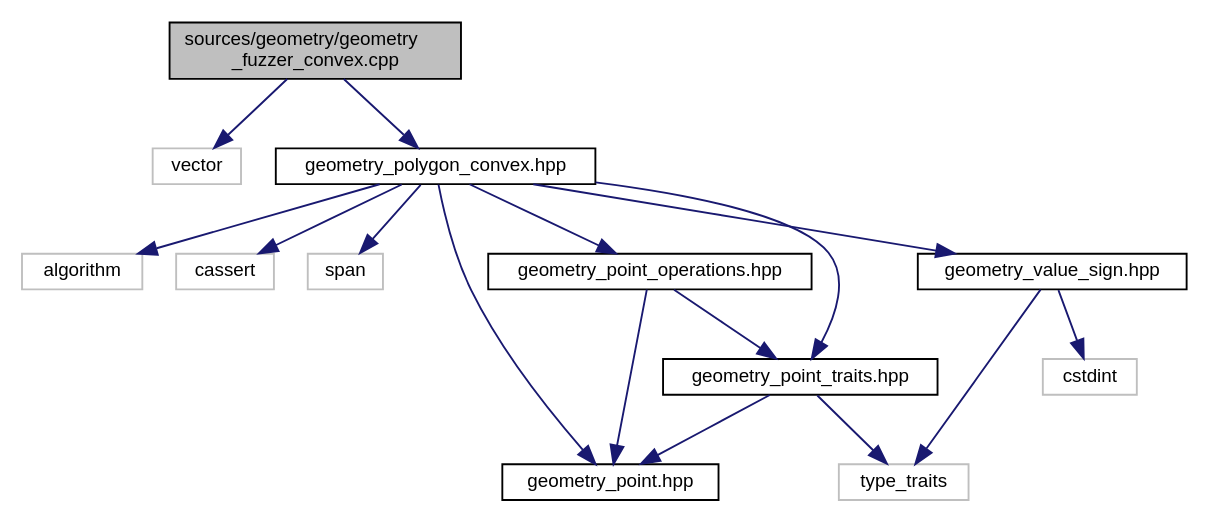
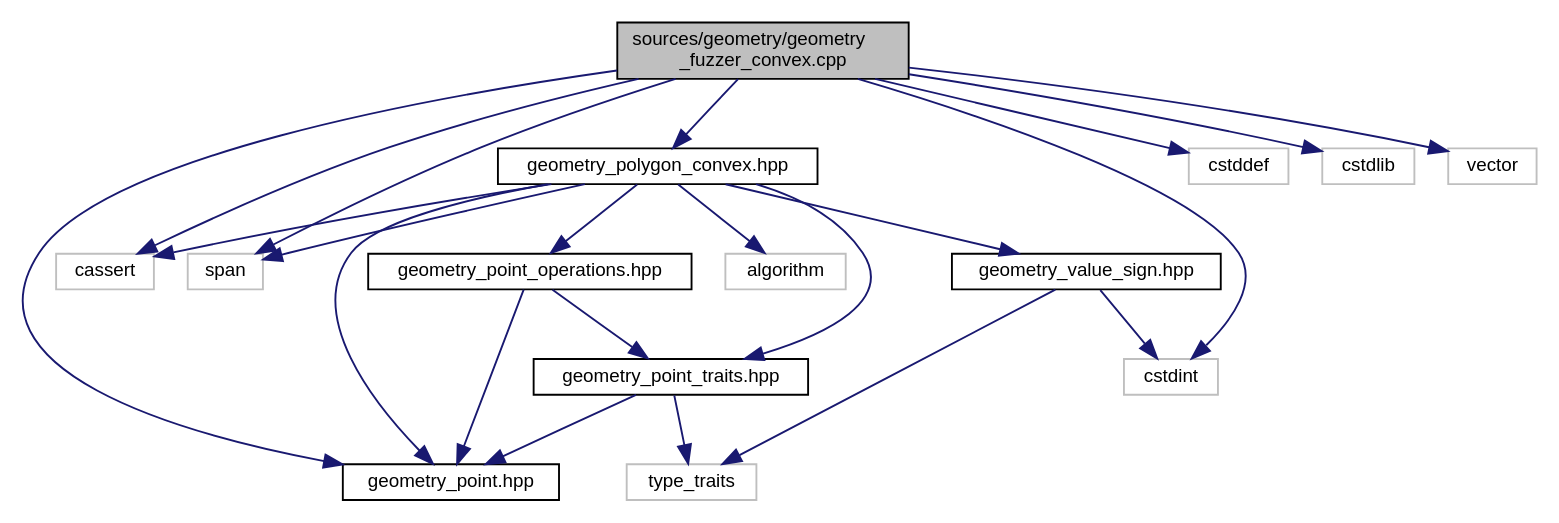
One commit to eliogovea/dev-env-cpp changed the diagram in geometry/documentation/geometry__fuzzer__convex_8cpp__incl.dot. Above: the diagram before and after it, drawn with Graphviz. The commit also changed 148 other files, not shown here.

```diff
--- a/geometry/documentation/geometry__fuzzer__convex_8cpp__incl.dot
+++ b/geometry/documentation/geometry__fuzzer__convex_8cpp__incl.dot
@@ -1,33 +1,41 @@
 digraph "sources/geometry/geometry_fuzzer_convex.cpp"
 {
  // LATEX_PDF_SIZE
   edge [fontname="Helvetica",fontsize="10",labelfontname="Helvetica",labelfontsize="10"];
   node [fontname="Helvetica",fontsize="10",shape=record];
   Node1 [label="sources/geometry/geometry\l_fuzzer_convex.cpp",height=0.2,width=0.4,color="black", fillcolor="grey75", style="filled", fontcolor="black",tooltip=" "];
   Node1 -> Node2 [color="midnightblue",fontsize="10",style="solid",fontname="Helvetica"];
-  Node2 [label="vector",height=0.2,width=0.4,color="grey75", fillcolor="white", style="filled",tooltip=" "];
+  Node2 [label="cassert",height=0.2,width=0.4,color="grey75", fillcolor="white", style="filled",tooltip=" "];
   Node1 -> Node3 [color="midnightblue",fontsize="10",style="solid",fontname="Helvetica"];
-  Node3 [label="geometry_polygon_convex.hpp",height=0.2,width=0.4,color="black", fillcolor="white", style="filled",URL="$geometry__polygon__convex_8hpp.html",tooltip=" "];
-  Node3 -> Node4 [color="midnightblue",fontsize="10",style="solid",fontname="Helvetica"];
-  Node4 [label="algorithm",height=0.2,width=0.4,color="grey75", fillcolor="white", style="filled",tooltip=" "];
-  Node3 -> Node5 [color="midnightblue",fontsize="10",style="solid",fontname="Helvetica"];
-  Node5 [label="cassert",height=0.2,width=0.4,color="grey75", fillcolor="white", style="filled",tooltip=" "];
-  Node3 -> Node6 [color="midnightblue",fontsize="10",style="solid",fontname="Helvetica"];
+  Node3 [label="cstddef",height=0.2,width=0.4,color="grey75", fillcolor="white", style="filled",tooltip=" "];
+  Node1 -> Node4 [color="midnightblue",fontsize="10",style="solid",fontname="Helvetica"];
+  Node4 [label="cstdint",height=0.2,width=0.4,color="grey75", fillcolor="white", style="filled",tooltip=" "];
+  Node1 -> Node5 [color="midnightblue",fontsize="10",style="solid",fontname="Helvetica"];
+  Node5 [label="cstdlib",height=0.2,width=0.4,color="grey75", fillcolor="white", style="filled",tooltip=" "];
+  Node1 -> Node6 [color="midnightblue",fontsize="10",style="solid",fontname="Helvetica"];
   Node6 [label="span",height=0.2,width=0.4,color="grey75", fillcolor="white", style="filled",tooltip=" "];
-  Node3 -> Node7 [color="midnightblue",fontsize="10",style="solid",fontname="Helvetica"];
-  Node7 [label="geometry_point.hpp",height=0.2,width=0.4,color="black", fillcolor="white", style="filled",URL="$geometry__point_8hpp.html",tooltip=" "];
-  Node3 -> Node8 [color="midnightblue",fontsize="10",style="solid",fontname="Helvetica"];
-  Node8 [label="geometry_point_operations.hpp",height=0.2,width=0.4,color="black", fillcolor="white", style="filled",URL="$geometry__point__operations_8hpp.html",tooltip=" "];
-  Node8 -> Node7 [color="midnightblue",fontsize="10",style="solid",fontname="Helvetica"];
-  Node8 -> Node9 [color="midnightblue",fontsize="10",style="solid",fontname="Helvetica"];
-  Node9 [label="geometry_point_traits.hpp",height=0.2,width=0.4,color="black", fillcolor="white", style="filled",URL="$geometry__point__traits_8hpp.html",tooltip=" "];
+  Node1 -> Node7 [color="midnightblue",fontsize="10",style="solid",fontname="Helvetica"];
+  Node7 [label="vector",height=0.2,width=0.4,color="grey75", fillcolor="white", style="filled",tooltip=" "];
+  Node1 -> Node8 [color="midnightblue",fontsize="10",style="solid",fontname="Helvetica"];
+  Node8 [label="geometry_point.hpp",height=0.2,width=0.4,color="black", fillcolor="white", style="filled",URL="$geometry__point_8hpp.html",tooltip=" "];
+  Node1 -> Node9 [color="midnightblue",fontsize="10",style="solid",fontname="Helvetica"];
+  Node9 [label="geometry_polygon_convex.hpp",height=0.2,width=0.4,color="black", fillcolor="white", style="filled",URL="$geometry__polygon__convex_8hpp.html",tooltip=" "];
   Node9 -> Node10 [color="midnightblue",fontsize="10",style="solid",fontname="Helvetica"];
-  Node10 [label="type_traits",height=0.2,width=0.4,color="grey75", fillcolor="white", style="filled",tooltip=" "];
-  Node9 -> Node7 [color="midnightblue",fontsize="10",style="solid",fontname="Helvetica"];
-  Node3 -> Node9 [color="midnightblue",fontsize="10",style="solid",fontname="Helvetica"];
-  Node3 -> Node11 [color="midnightblue",fontsize="10",style="solid",fontname="Helvetica"];
-  Node11 [label="geometry_value_sign.hpp",height=0.2,width=0.4,color="black", fillcolor="white", style="filled",URL="$geometry__value__sign_8hpp.html",tooltip=" "];
+  Node10 [label="algorithm",height=0.2,width=0.4,color="grey75", fillcolor="white", style="filled",tooltip=" "];
+  Node9 -> Node2 [color="midnightblue",fontsize="10",style="solid",fontname="Helvetica"];
+  Node9 -> Node6 [color="midnightblue",fontsize="10",style="solid",fontname="Helvetica"];
+  Node9 -> Node8 [color="midnightblue",fontsize="10",style="solid",fontname="Helvetica"];
+  Node9 -> Node11 [color="midnightblue",fontsize="10",style="solid",fontname="Helvetica"];
+  Node11 [label="geometry_point_operations.hpp",height=0.2,width=0.4,color="black", fillcolor="white", style="filled",URL="$geometry__point__operations_8hpp.html",tooltip=" "];
+  Node11 -> Node8 [color="midnightblue",fontsize="10",style="solid",fontname="Helvetica"];
   Node11 -> Node12 [color="midnightblue",fontsize="10",style="solid",fontname="Helvetica"];
-  Node12 [label="cstdint",height=0.2,width=0.4,color="grey75", fillcolor="white", style="filled",tooltip=" "];
-  Node11 -> Node10 [color="midnightblue",fontsize="10",style="solid",fontname="Helvetica"];
+  Node12 [label="geometry_point_traits.hpp",height=0.2,width=0.4,color="black", fillcolor="white", style="filled",URL="$geometry__point__traits_8hpp.html",tooltip=" "];
+  Node12 -> Node13 [color="midnightblue",fontsize="10",style="solid",fontname="Helvetica"];
+  Node13 [label="type_traits",height=0.2,width=0.4,color="grey75", fillcolor="white", style="filled",tooltip=" "];
+  Node12 -> Node8 [color="midnightblue",fontsize="10",style="solid",fontname="Helvetica"];
+  Node9 -> Node12 [color="midnightblue",fontsize="10",style="solid",fontname="Helvetica"];
+  Node9 -> Node14 [color="midnightblue",fontsize="10",style="solid",fontname="Helvetica"];
+  Node14 [label="geometry_value_sign.hpp",height=0.2,width=0.4,color="black", fillcolor="white", style="filled",URL="$geometry__value__sign_8hpp.html",tooltip=" "];
+  Node14 -> Node4 [color="midnightblue",fontsize="10",style="solid",fontname="Helvetica"];
+  Node14 -> Node13 [color="midnightblue",fontsize="10",style="solid",fontname="Helvetica"];
 }
```
